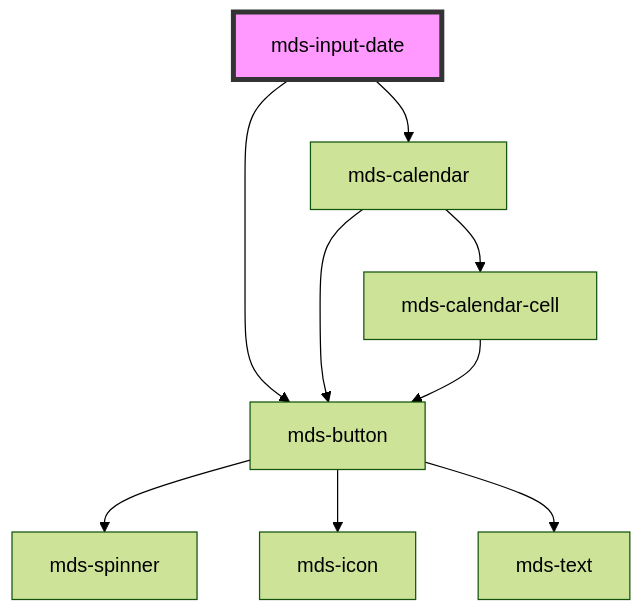
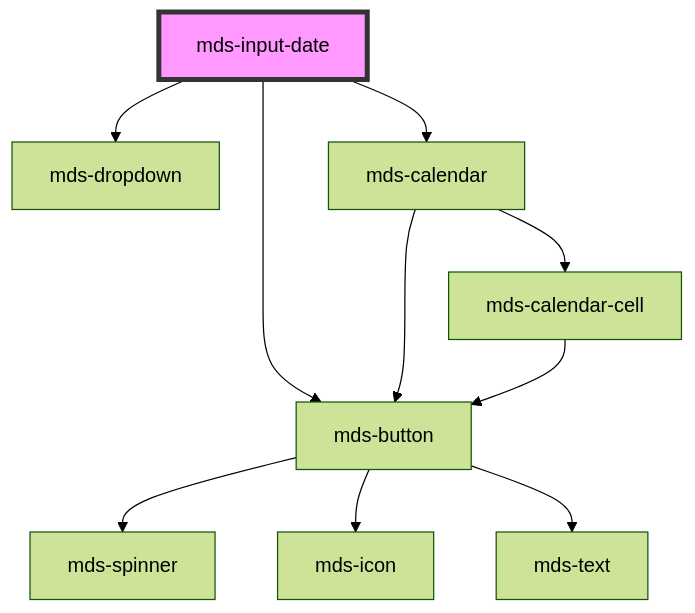
One commit to magma-design-system/magma changed the diagram in projects/stencil/src/components/mds-input-date/readme.md. Above: the diagram before and after it, drawn with Mermaid (forest theme). The commit also changed other lines of this file and 8 other files, not shown here.

Commit message:
feat: mds-dropdown added to input-date and input-date-range

````diff
--- a/projects/stencil/src/components/mds-input-date/readme.md
+++ b/projects/stencil/src/components/mds-input-date/readme.md
@@ -58,12 +44,13 @@
 ```mermaid
 graph TD;
   mds-input-date --> mds-button
+  mds-input-date --> mds-dropdown
   mds-input-date --> mds-calendar
   mds-button --> mds-spinner
   mds-button --> mds-icon
   mds-button --> mds-text
   mds-calendar --> mds-button
   mds-calendar --> mds-calendar-cell
   mds-calendar-cell --> mds-button
   style mds-input-date fill:#f9f,stroke:#333,stroke-width:4px
 ```
````
